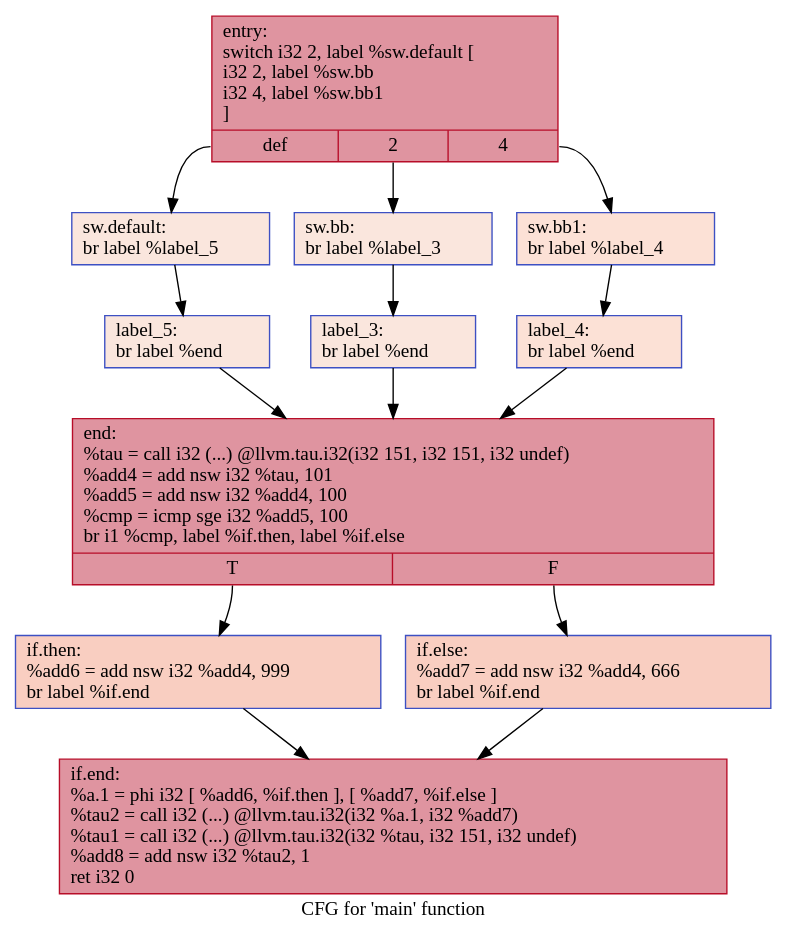
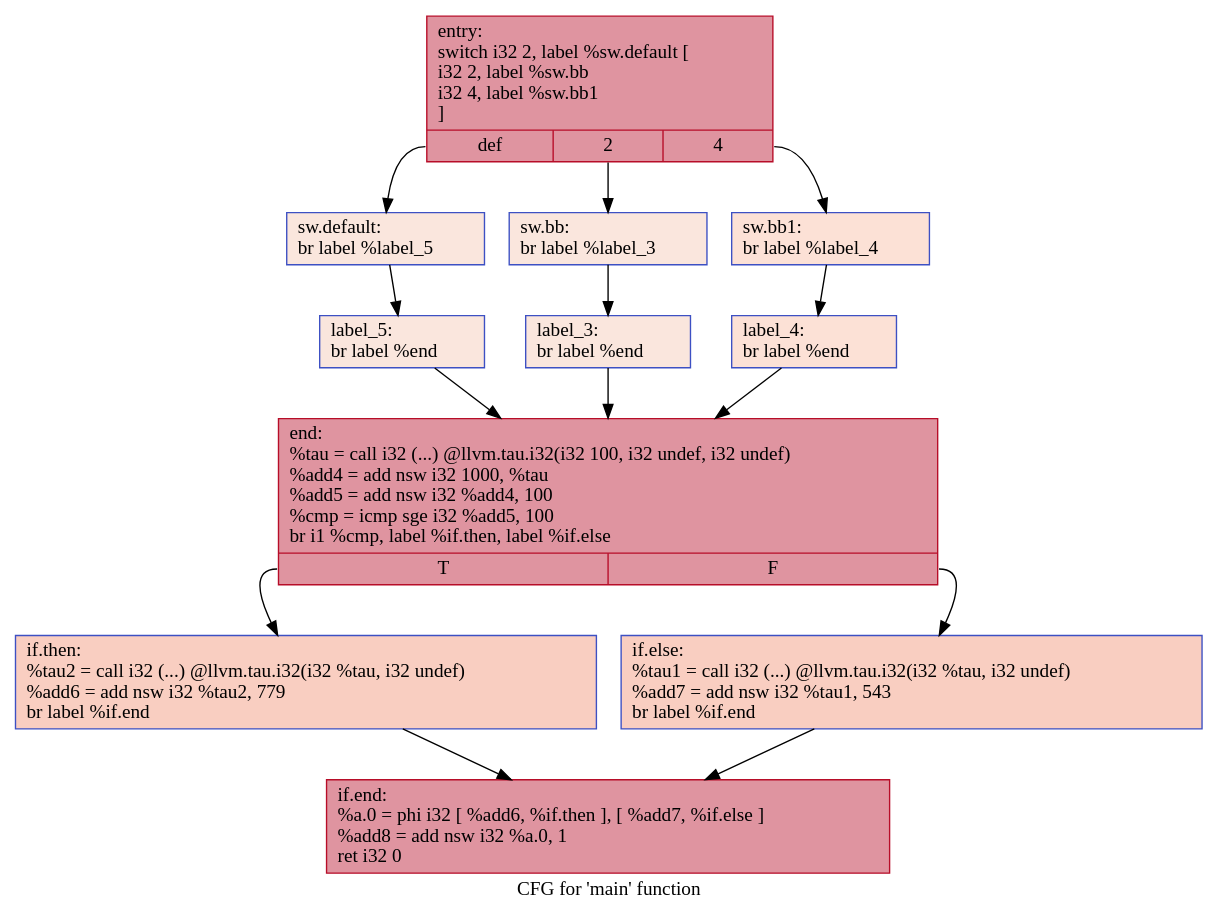
One commit to HPSSA-LLVM/HPSSA-LLVM changed the diagram in IR/cfg/SCCP_HPSSA.dot. Above: the diagram before and after it, drawn with Graphviz. The commit also changed 35 other files, not shown here.

```diff
--- a/IR/cfg/SCCP_HPSSA.dot
+++ b/IR/cfg/SCCP_HPSSA.dot
@@ -1,28 +1,28 @@
 digraph "CFG for 'main' function" {
 	label="CFG for 'main' function";
 
-	Node0x563f4ae61920 [shape=record,color="#b70d28ff", style=filled, fillcolor="#b70d2870",label="{entry:\l  switch i32 2, label %sw.default [\l    i32 2, label %sw.bb\l    i32 4, label %sw.bb1\l  ]\l|{<s0>def|<s1>2|<s2>4}}"];
-	Node0x563f4ae61920:s0 -> Node0x563f4ae61a50;
-	Node0x563f4ae61920:s1 -> Node0x563f4ae61ad0;
-	Node0x563f4ae61920:s2 -> Node0x563f4ae61b70;
-	Node0x563f4ae61ad0 [shape=record,color="#3d50c3ff", style=filled, fillcolor="#f3c7b170",label="{sw.bb:                                            \l  br label %label_3\l}"];
-	Node0x563f4ae61ad0 -> Node0x563f4ae61d00;
-	Node0x563f4ae61b70 [shape=record,color="#3d50c3ff", style=filled, fillcolor="#f7bca170",label="{sw.bb1:                                           \l  br label %label_4\l}"];
-	Node0x563f4ae61b70 -> Node0x563f4ae61de0;
-	Node0x563f4ae61a50 [shape=record,color="#3d50c3ff", style=filled, fillcolor="#f3c7b170",label="{sw.default:                                       \l  br label %label_5\l}"];
-	Node0x563f4ae61a50 -> Node0x563f4ae61ec0;
-	Node0x563f4ae61d00 [shape=record,color="#3d50c3ff", style=filled, fillcolor="#f3c7b170",label="{label_3:                                          \l  br label %end\l}"];
-	Node0x563f4ae61d00 -> Node0x563f4ae61fa0;
-	Node0x563f4ae61de0 [shape=record,color="#3d50c3ff", style=filled, fillcolor="#f7bca170",label="{label_4:                                          \l  br label %end\l}"];
-	Node0x563f4ae61de0 -> Node0x563f4ae61fa0;
-	Node0x563f4ae61ec0 [shape=record,color="#3d50c3ff", style=filled, fillcolor="#f3c7b170",label="{label_5:                                          \l  br label %end\l}"];
-	Node0x563f4ae61ec0 -> Node0x563f4ae61fa0;
-	Node0x563f4ae61fa0 [shape=record,color="#b70d28ff", style=filled, fillcolor="#b70d2870",label="{end:                                              \l  %tau = call i32 (...) @llvm.tau.i32(i32 151, i32 151, i32 undef)\l  %add4 = add nsw i32 %tau, 101\l  %add5 = add nsw i32 %add4, 100\l  %cmp = icmp sge i32 %add5, 100\l  br i1 %cmp, label %if.then, label %if.else\l|{<s0>T|<s1>F}}"];
-	Node0x563f4ae61fa0:s0 -> Node0x563f4ae62960;
-	Node0x563f4ae61fa0:s1 -> Node0x563f4ae62b70;
-	Node0x563f4ae62960 [shape=record,color="#3d50c3ff", style=filled, fillcolor="#f2907270",label="{if.then:                                          \l  %add6 = add nsw i32 %add4, 999\l  br label %if.end\l}"];
-	Node0x563f4ae62960 -> Node0x563f4ae62d70;
-	Node0x563f4ae62b70 [shape=record,color="#3d50c3ff", style=filled, fillcolor="#f2907270",label="{if.else:                                          \l  %add7 = add nsw i32 %add4, 666\l  br label %if.end\l}"];
-	Node0x563f4ae62b70 -> Node0x563f4ae62d70;
-	Node0x563f4ae62d70 [shape=record,color="#b70d28ff", style=filled, fillcolor="#b70d2870",label="{if.end:                                           \l  %a.1 = phi i32 [ %add6, %if.then ], [ %add7, %if.else ]\l  %tau2 = call i32 (...) @llvm.tau.i32(i32 %a.1, i32 %add7)\l  %tau1 = call i32 (...) @llvm.tau.i32(i32 %tau, i32 151, i32 undef)\l  %add8 = add nsw i32 %tau2, 1\l  ret i32 0\l}"];
+	Node0x56342aeba920 [shape=record,color="#b70d28ff", style=filled, fillcolor="#b70d2870",label="{entry:\l  switch i32 2, label %sw.default [\l    i32 2, label %sw.bb\l    i32 4, label %sw.bb1\l  ]\l|{<s0>def|<s1>2|<s2>4}}"];
+	Node0x56342aeba920:s0 -> Node0x56342aebaa50;
+	Node0x56342aeba920:s1 -> Node0x56342aebaad0;
+	Node0x56342aeba920:s2 -> Node0x56342aebab70;
+	Node0x56342aebaad0 [shape=record,color="#3d50c3ff", style=filled, fillcolor="#f3c7b170",label="{sw.bb:                                            \l  br label %label_3\l}"];
+	Node0x56342aebaad0 -> Node0x56342aebad00;
+	Node0x56342aebab70 [shape=record,color="#3d50c3ff", style=filled, fillcolor="#f7bca170",label="{sw.bb1:                                           \l  br label %label_4\l}"];
+	Node0x56342aebab70 -> Node0x56342aebade0;
+	Node0x56342aebaa50 [shape=record,color="#3d50c3ff", style=filled, fillcolor="#f3c7b170",label="{sw.default:                                       \l  br label %label_5\l}"];
+	Node0x56342aebaa50 -> Node0x56342aebaec0;
+	Node0x56342aebad00 [shape=record,color="#3d50c3ff", style=filled, fillcolor="#f3c7b170",label="{label_3:                                          \l  br label %end\l}"];
+	Node0x56342aebad00 -> Node0x56342aebafa0;
+	Node0x56342aebade0 [shape=record,color="#3d50c3ff", style=filled, fillcolor="#f7bca170",label="{label_4:                                          \l  br label %end\l}"];
+	Node0x56342aebade0 -> Node0x56342aebafa0;
+	Node0x56342aebaec0 [shape=record,color="#3d50c3ff", style=filled, fillcolor="#f3c7b170",label="{label_5:                                          \l  br label %end\l}"];
+	Node0x56342aebaec0 -> Node0x56342aebafa0;
+	Node0x56342aebafa0 [shape=record,color="#b70d28ff", style=filled, fillcolor="#b70d2870",label="{end:                                              \l  %tau = call i32 (...) @llvm.tau.i32(i32 100, i32 undef, i32 undef)\l  %add4 = add nsw i32 1000, %tau\l  %add5 = add nsw i32 %add4, 100\l  %cmp = icmp sge i32 %add5, 100\l  br i1 %cmp, label %if.then, label %if.else\l|{<s0>T|<s1>F}}"];
+	Node0x56342aebafa0:s0 -> Node0x56342aebb930;
+	Node0x56342aebafa0:s1 -> Node0x56342aebbb40;
+	Node0x56342aebb930 [shape=record,color="#3d50c3ff", style=filled, fillcolor="#f2907270",label="{if.then:                                          \l  %tau2 = call i32 (...) @llvm.tau.i32(i32 %tau, i32 undef)\l  %add6 = add nsw i32 %tau2, 779\l  br label %if.end\l}"];
+	Node0x56342aebb930 -> Node0x56342aebbe70;
+	Node0x56342aebbb40 [shape=record,color="#3d50c3ff", style=filled, fillcolor="#f2907270",label="{if.else:                                          \l  %tau1 = call i32 (...) @llvm.tau.i32(i32 %tau, i32 undef)\l  %add7 = add nsw i32 %tau1, 543\l  br label %if.end\l}"];
+	Node0x56342aebbb40 -> Node0x56342aebbe70;
+	Node0x56342aebbe70 [shape=record,color="#b70d28ff", style=filled, fillcolor="#b70d2870",label="{if.end:                                           \l  %a.0 = phi i32 [ %add6, %if.then ], [ %add7, %if.else ]\l  %add8 = add nsw i32 %a.0, 1\l  ret i32 0\l}"];
 }
```
